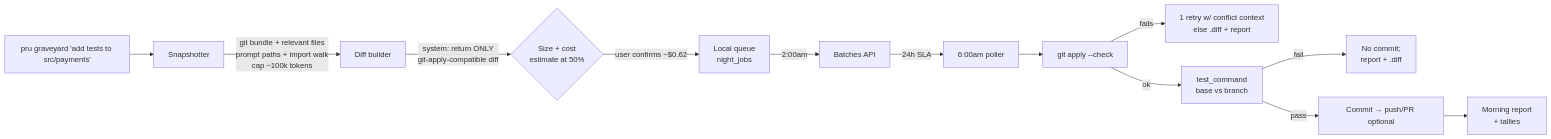
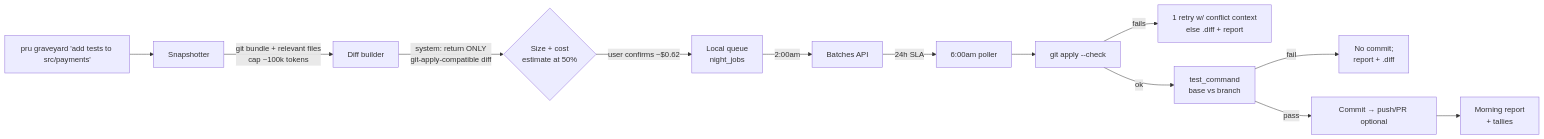
The third of 4 diagrams in implementation-plans-prudence.md (prudence-cli/prudence), drawn with Mermaid before and after one commit. The commit also changed other lines of this file and 1 other file, not shown here.

````diff
--- a/implementation-plans-prudence.md
+++ b/implementation-plans-prudence.md
@@ -383,15 +391,15 @@
 ```mermaid
 flowchart LR
     A["`pru graveyard 'add tests to src/payments'`"] --> B[Snapshotter]
-    B -->|git bundle + relevant files<br/>prompt paths + import walk<br/>cap ~100k tokens| C[Diff builder]
+    B -->|git bundle + relevant files<br/>cap ~100k tokens| C[Diff builder]
     C -->|system: return ONLY<br/>git-apply-compatible diff| D{Size + cost<br/>estimate at 50%}
     D -->|user confirms ~$0.62| E[Local queue<br/>night_jobs]
     E -->|2:00am| F[Batches API]
     F -->|24h SLA| G[6:00am poller]
     G --> H[git apply --check]
     H -->|fails| H1[1 retry w/ conflict context<br/>else .diff + report]
     H -->|ok| I[test_command<br/>base vs branch]
     I -->|fail| J[No commit;<br/>report + .diff]
     I -->|pass| K[Commit → push/PR optional]
     K --> L[Morning report<br/>+ tallies]
 ```
````
